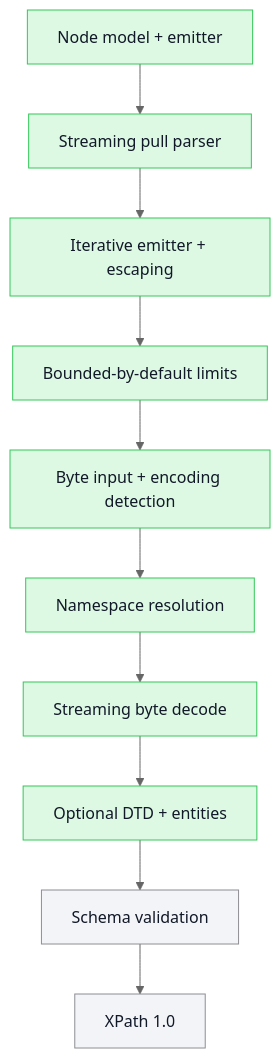
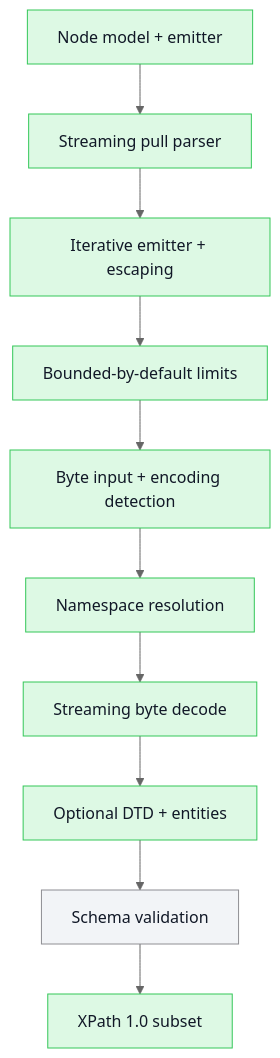
One commit to mihaelamj/PureXML changed the second of 2 diagrams in README.md. Above: the diagram before and after it, drawn with Mermaid (neutral theme). The commit also changed 13 other files, not shown here.

First line of the commit message:
feat(xpath): add an XPath 1.0 location-path subset

````diff
--- a/README.md
+++ b/README.md
@@ -45,26 +45,26 @@
 ```mermaid
 flowchart TB
   classDef done fill:#ddf9e4,stroke:#34c759,color:#111827
   classDef review fill:#fff7d6,stroke:#ffcc00,color:#111827
   classDef epic fill:#f2e5ff,stroke:#af52de,color:#111827
   classDef todo fill:#f2f4f7,stroke:#8e8e93,color:#111827
   Model["Node model + emitter"]:::done
   Stream["Streaming pull parser"]:::done
   Escape["Iterative emitter + escaping"]:::done
   Limits["Bounded-by-default limits"]:::done
   Bytes["Byte input + encoding detection"]:::done
   Namespaces["Namespace resolution"]:::done
   ByteStream["Streaming byte decode"]:::done
   DTD["Optional DTD + entities"]:::done
   Validation["Schema validation"]:::todo
-  XPath["XPath 1.0"]:::todo
+  XPath["XPath 1.0 subset"]:::done
   Model --> Stream
   Stream --> Escape
   Escape --> Limits
   Limits --> Bytes
   Bytes --> Namespaces
   Namespaces --> ByteStream
   ByteStream --> DTD
   DTD --> Validation
   Validation --> XPath
 ```
````
